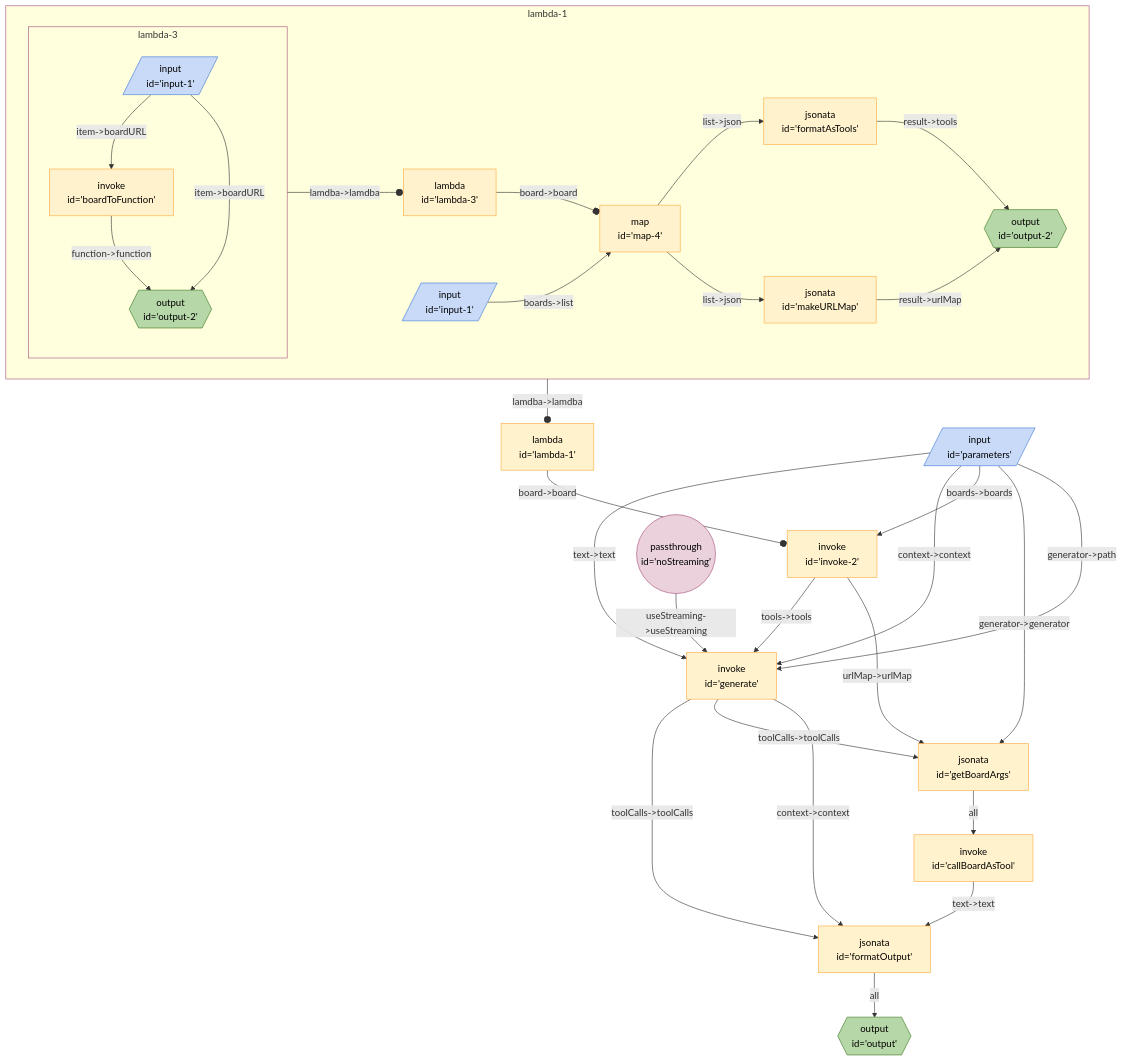
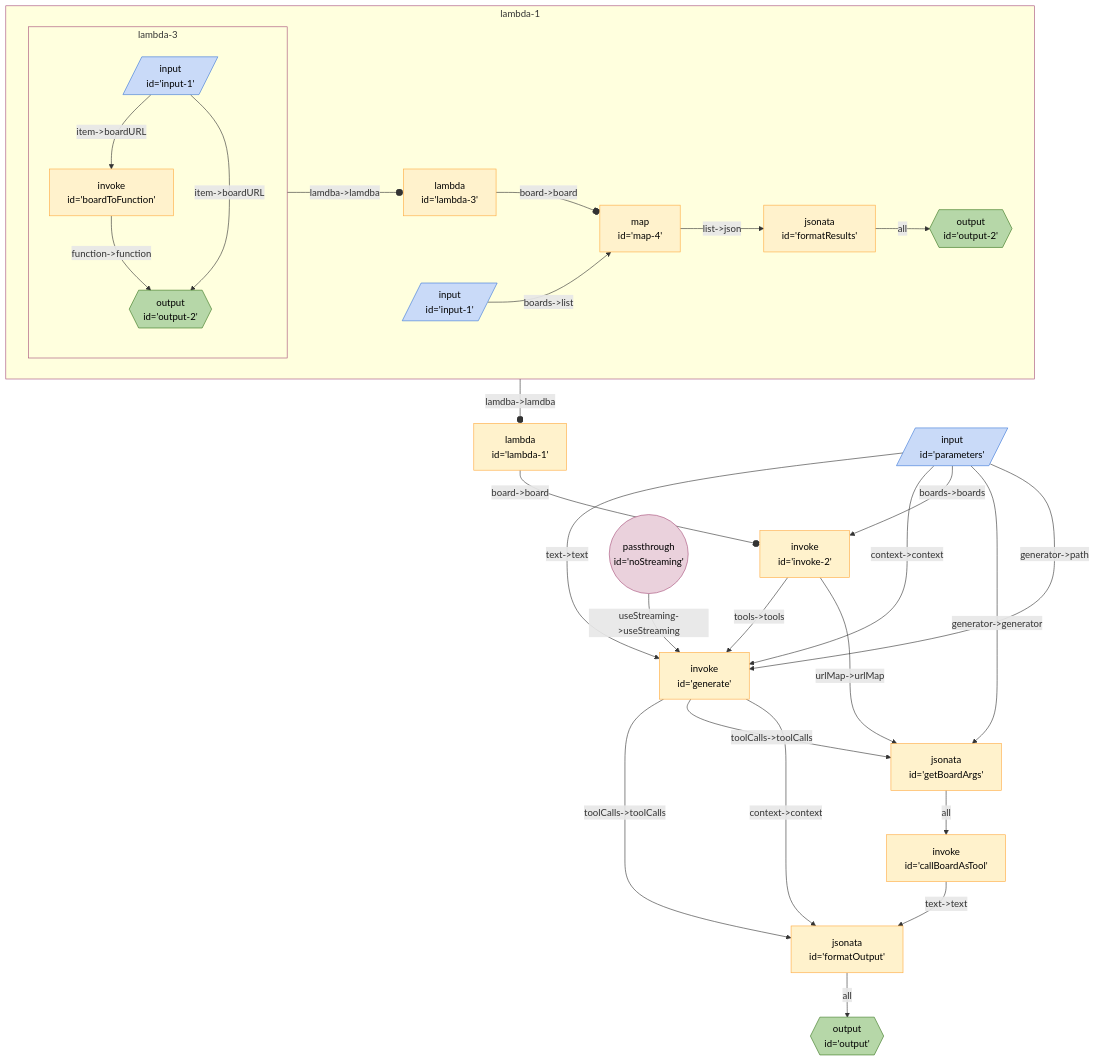
The diagram in seeds/breadboard-web/docs/graphs/board-caller.md (breadboard-ai/breadboard), drawn with Mermaid before and after one commit. The commit also changed 2 other files, not shown here.

Commit message:
[breadboard-web] Agglomerate jsonata in Board Caller.

````diff
--- a/seeds/breadboard-web/docs/graphs/board-caller.md
+++ b/seeds/breadboard-web/docs/graphs/board-caller.md
@@ -3,44 +3,42 @@
 ```mermaid
 %%{init: 'themeVariables': { 'fontFamily': 'Fira Code, monospace' }}%%
 graph TD;
 lambda1["lambda <br> id='lambda-1'"] -- "board->board" --o invoke2["invoke <br> id='invoke-2'"]
 subgraph sg_lambda1 [lambda-1]
 lambda1_lambda3["lambda <br> id='lambda-3'"] -- "board->board" --o lambda1_map4["map <br> id='map-4'"]
 subgraph sg_lambda3 [lambda-3]
 lambda1_lambda3_boardToFunction["invoke <br> id='boardToFunction'"] -- "function->function" --> lambda1_lambda3_output2{{"output <br> id='output-2'"}}:::output
 lambda1_lambda3_input1[/"input <br> id='input-1'"/]:::input -- "item->boardURL" --> lambda1_lambda3_boardToFunction["invoke <br> id='boardToFunction'"]
 lambda1_lambda3_input1[/"input <br> id='input-1'"/]:::input -- "item->boardURL" --> lambda1_lambda3_output2{{"output <br> id='output-2'"}}:::output
 end
 sg_lambda3:::slotted -- "lamdba->lamdba" --o lambda1_lambda3
 
-lambda1_formatAsTools["jsonata <br> id='formatAsTools'"] -- "result->tools" --> lambda1_output2{{"output <br> id='output-2'"}}:::output
-lambda1_map4["map <br> id='map-4'"] -- "list->json" --> lambda1_formatAsTools["jsonata <br> id='formatAsTools'"]
-lambda1_makeURLMap["jsonata <br> id='makeURLMap'"] -- "result->urlMap" --> lambda1_output2{{"output <br> id='output-2'"}}:::output
-lambda1_map4["map <br> id='map-4'"] -- "list->json" --> lambda1_makeURLMap["jsonata <br> id='makeURLMap'"]
+lambda1_formatResults["jsonata <br> id='formatResults'"] -- all --> lambda1_output2{{"output <br> id='output-2'"}}:::output
+lambda1_map4["map <br> id='map-4'"] -- "list->json" --> lambda1_formatResults["jsonata <br> id='formatResults'"]
 lambda1_input1[/"input <br> id='input-1'"/]:::input -- "boards->list" --> lambda1_map4["map <br> id='map-4'"]
 end
 sg_lambda1:::slotted -- "lamdba->lamdba" --o lambda1
 
 noStreaming(("passthrough <br> id='noStreaming'")):::passthrough -- "useStreaming->useStreaming" --> generate["invoke <br> id='generate'"]
 generate["invoke <br> id='generate'"] -- "toolCalls->toolCalls" --> formatOutput["jsonata <br> id='formatOutput'"]
 parameters[/"input <br> id='parameters'"/]:::input -- "text->text" --> generate["invoke <br> id='generate'"]
 parameters[/"input <br> id='parameters'"/]:::input -- "context->context" --> generate["invoke <br> id='generate'"]
 invoke2["invoke <br> id='invoke-2'"] -- "tools->tools" --> generate["invoke <br> id='generate'"]
 invoke2["invoke <br> id='invoke-2'"] -- "urlMap->urlMap" --> getBoardArgs["jsonata <br> id='getBoardArgs'"]
 parameters[/"input <br> id='parameters'"/]:::input -- "boards->boards" --> invoke2["invoke <br> id='invoke-2'"]
 formatOutput["jsonata <br> id='formatOutput'"] -- all --> output{{"output <br> id='output'"}}:::output
 callBoardAsTool["invoke <br> id='callBoardAsTool'"] -- "text->text" --> formatOutput["jsonata <br> id='formatOutput'"]
 getBoardArgs["jsonata <br> id='getBoardArgs'"] -- all --> callBoardAsTool["invoke <br> id='callBoardAsTool'"]
 parameters[/"input <br> id='parameters'"/]:::input -- "generator->generator" --> getBoardArgs["jsonata <br> id='getBoardArgs'"]
 generate["invoke <br> id='generate'"] -- "toolCalls->toolCalls" --> getBoardArgs["jsonata <br> id='getBoardArgs'"]
 generate["invoke <br> id='generate'"] -- "context->context" --> formatOutput["jsonata <br> id='formatOutput'"]
 parameters[/"input <br> id='parameters'"/]:::input -- "generator->path" --> generate["invoke <br> id='generate'"]
 classDef default stroke:#ffab40,fill:#fff2ccff,color:#000
 classDef input stroke:#3c78d8,fill:#c9daf8ff,color:#000
 classDef output stroke:#38761d,fill:#b6d7a8ff,color:#000
 classDef passthrough stroke:#a64d79,fill:#ead1dcff,color:#000
 classDef slot stroke:#a64d79,fill:#ead1dcff,color:#000
 classDef config stroke:#a64d79,fill:#ead1dcff,color:#000
 classDef secrets stroke:#db4437,fill:#f4cccc,color:#000
 classDef slotted stroke:#a64d79
 ```
````
